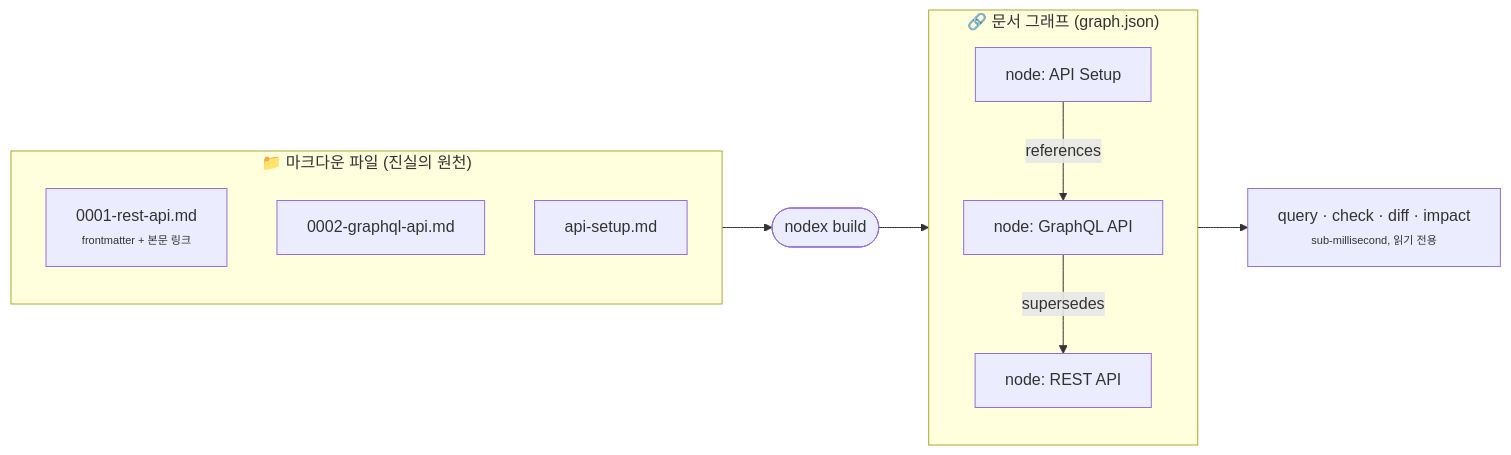
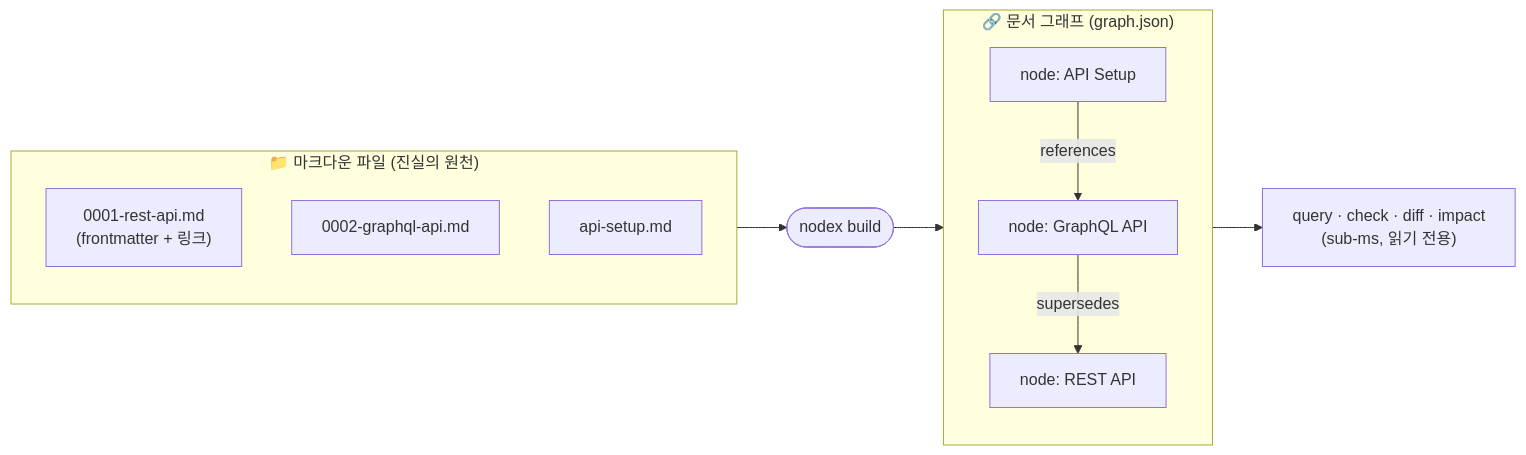
The second of 3 diagrams in README.ko.md (junyeong-ai/nodex), drawn with Mermaid before and after one commit. The commit also changed other lines of this file and 6 other files, not shown here.

````diff
--- a/README.ko.md
+++ b/README.ko.md
@@ -215,20 +216,20 @@
 ```mermaid
 flowchart LR
   subgraph FS["📁 마크다운 파일 (진실의 원천)"]
     direction TB
-    f1["0001-rest-api.md<br/><span style='font-size:11px'>frontmatter + 본문 링크</span>"]
+    f1["0001-rest-api.md<br/>(frontmatter + 링크)"]
     f2["0002-graphql-api.md"]
     f3["api-setup.md"]
   end
   build(["nodex build"])
   subgraph GR["🔗 문서 그래프 (graph.json)"]
     direction TB
     n1["node: REST API"]
     n2["node: GraphQL API"]
     n3["node: API Setup"]
     n2 -->|supersedes| n1
     n3 -->|references| n2
   end
   FS --> build --> GR
-  GR --> Q["query · check · diff · impact<br/><span style='font-size:11px'>sub-millisecond, 읽기 전용</span>"]
+  GR --> Q["query · check · diff · impact<br/>(sub-ms, 읽기 전용)"]
 ```
````
